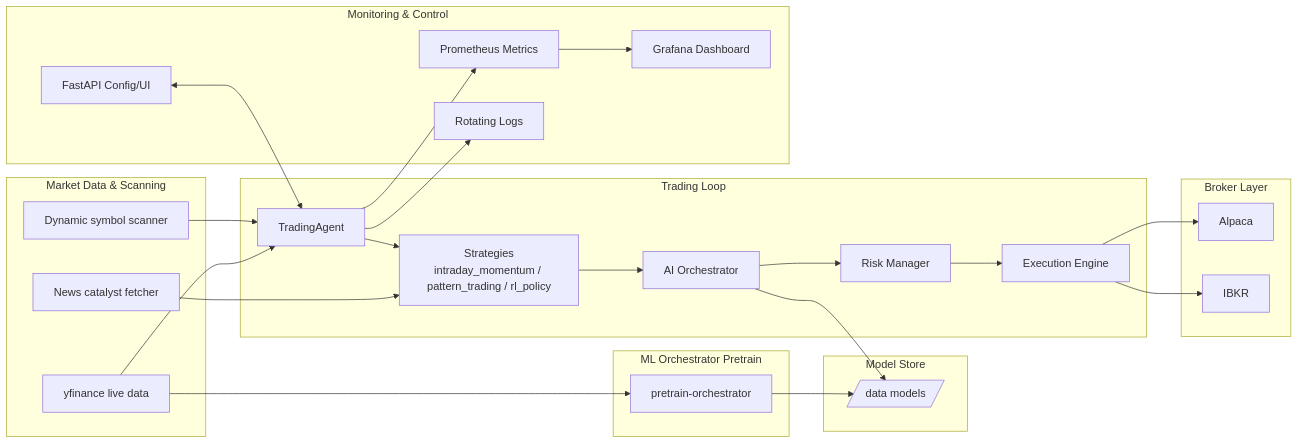
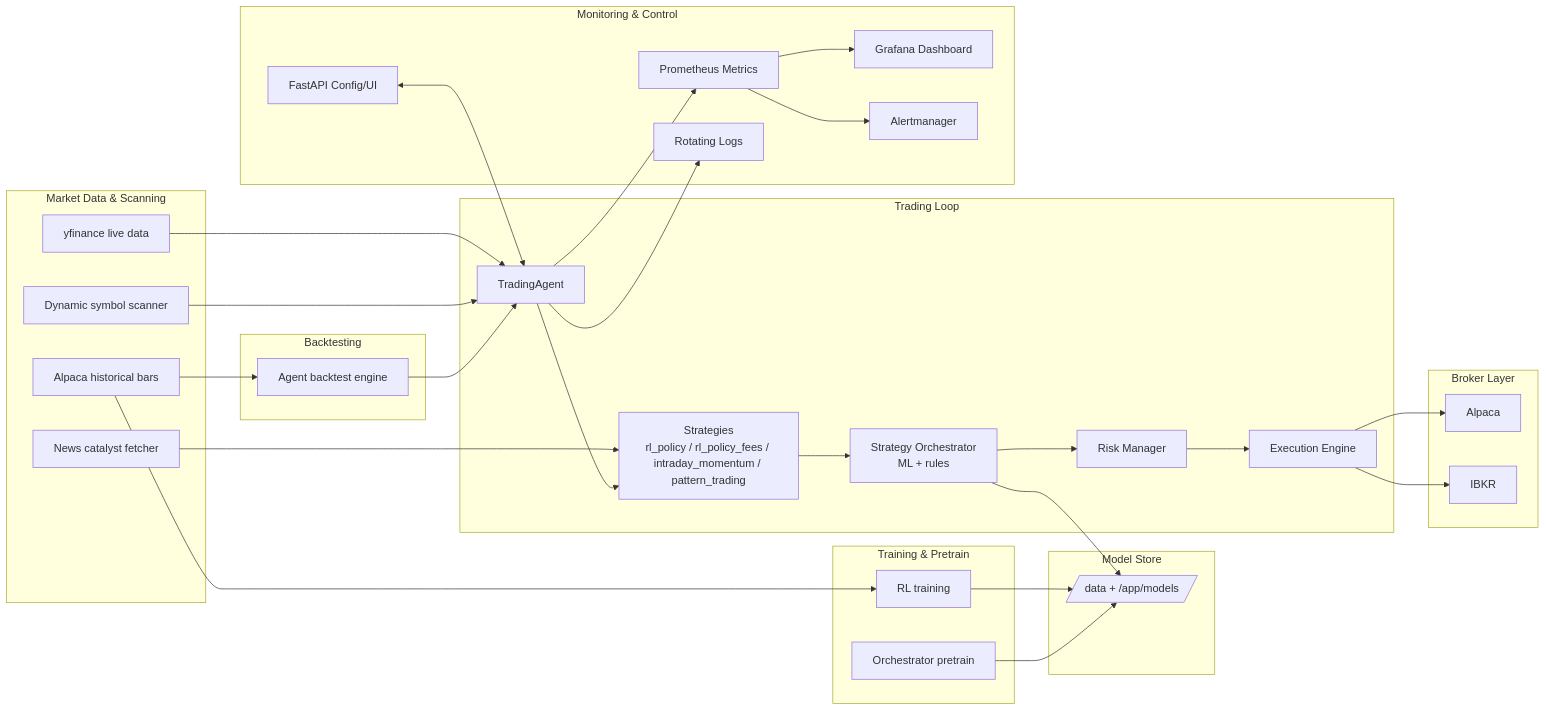
The diagram in README.md (ilfrick/Fricktrade), drawn with Mermaid before and after one commit.

Commit message:
Update architecture diagram

````diff
--- a/README.md
+++ b/README.md
@@ -29,43 +29,53 @@
 ```mermaid
 flowchart LR
     subgraph Data["Market Data & Scanning"]
         YF[yfinance live data]
+        AlpacaBars[Alpaca historical bars]
         Scan[Dynamic symbol scanner]
         News[News catalyst fetcher]
     end
     subgraph Models["Model Store"]
-        ModelStore[/data models/]
+        ModelStore[/data + /app/models/]
     end
     subgraph Core["Trading Loop"]
         Trader[TradingAgent]
-        Strat[Strategies<br/>intraday_momentum / pattern_trading / rl_policy]
-        Orchestrator[AI Orchestrator]
+        Strat[Strategies<br/>rl_policy / rl_policy_fees / intraday_momentum / pattern_trading]
+        Orchestrator[Strategy Orchestrator<br/>ML + rules]
         Risk[Risk Manager]
         Exec[Execution Engine]
     end
-    subgraph Training["ML Orchestrator Pretrain"]
-        Pretrain[pretrain-orchestrator]
+    subgraph Training["Training & Pretrain"]
+        RLTrain[RL training]
+        OrchPretrain[Orchestrator pretrain]
+    end
+    subgraph Backtest["Backtesting"]
+        AgentBT[Agent backtest engine]
     end
     subgraph Broker["Broker Layer"]
         Alpaca[Alpaca]
         IBKR[IBKR]
     end
     subgraph Observability["Monitoring & Control"]
         Metrics[Prometheus Metrics]
         Grafana[Grafana Dashboard]
+        Alerting[Alertmanager]
         API[FastAPI Config/UI]
         Logs[Rotating Logs]
     end
 
     YF --> Trader
-    YF --> Pretrain
+    AlpacaBars --> RLTrain
+    AlpacaBars --> AgentBT
     Scan --> Trader
     News --> Strat
-    Pretrain --> ModelStore
+    RLTrain --> ModelStore
+    OrchPretrain --> ModelStore
     Trader --> Strat --> Orchestrator --> Risk --> Exec --> Alpaca
     Exec --> IBKR
     Orchestrator --> ModelStore
+    AgentBT --> Trader
     Trader --> Metrics --> Grafana
+    Metrics --> Alerting
     Trader --> Logs
     API <--> Trader
 ```
````
